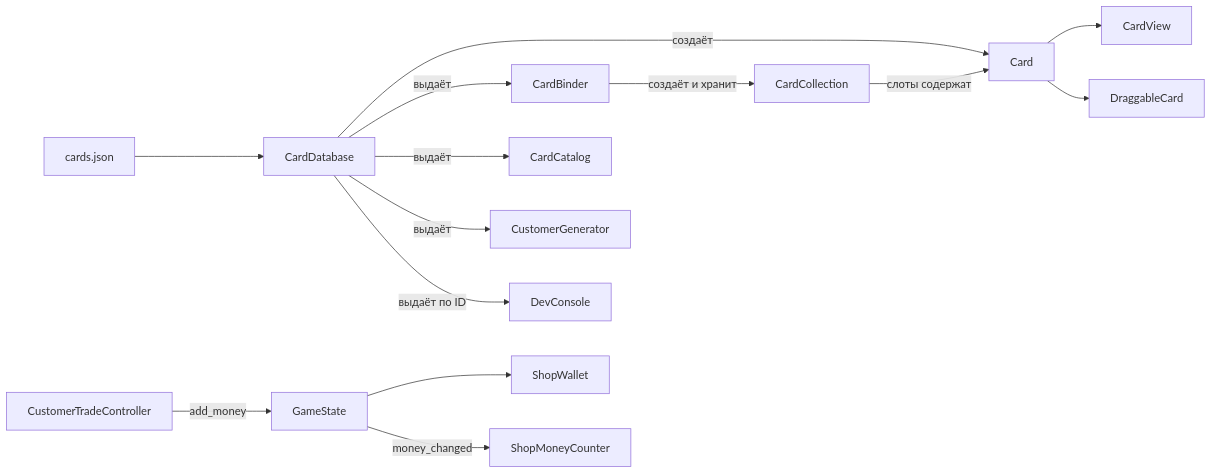
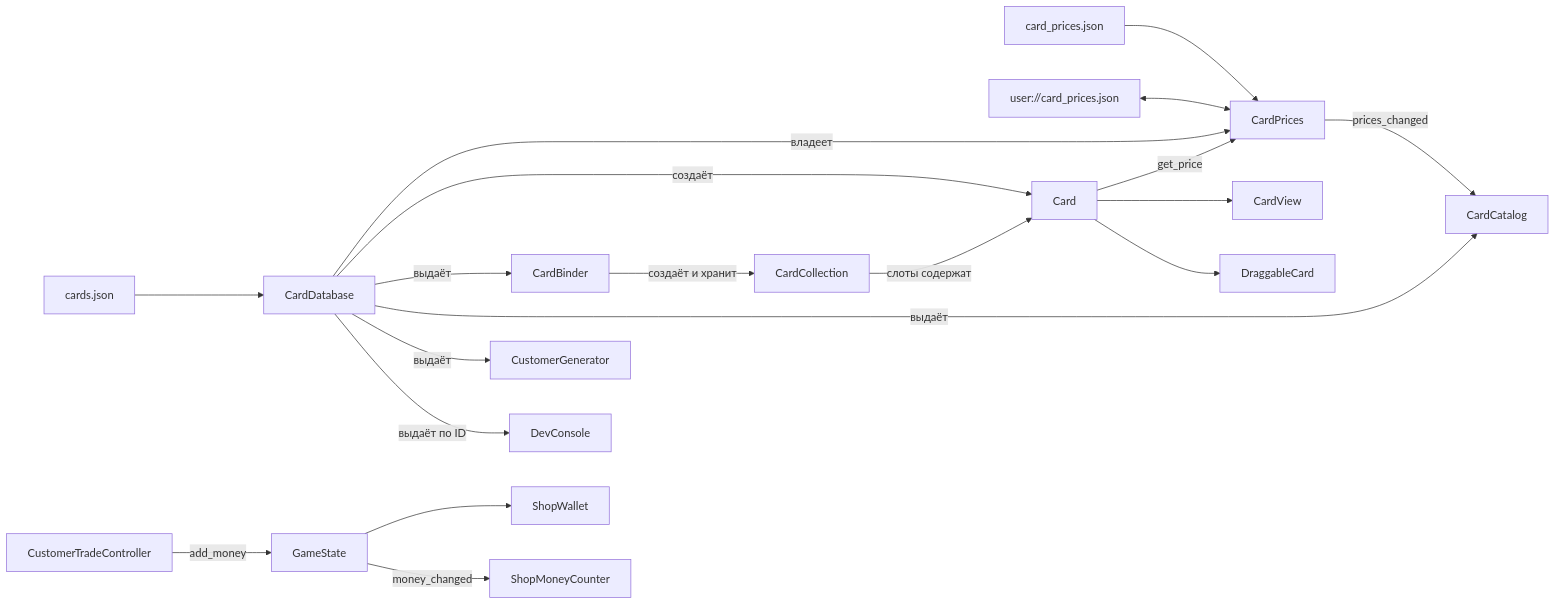
The second of 5 diagrams in DEPENDENCIES.md (Irbis888/CardTradingGame), drawn with Mermaid before and after one commit. The commit also changed 18 other files, not shown here.

````diff
--- a/DEPENDENCIES.md
+++ b/DEPENDENCIES.md
@@ -28,16 +28,21 @@
 ```mermaid
 flowchart LR
     Json[cards.json] --> DB[CardDatabase]
+    PriceJson[card_prices.json] --> Prices[CardPrices]
+    SavedPrices[user://card_prices.json] <--> Prices
+    DB -->|владеет| Prices
+    Card -->|get_price| Prices
+    Prices -->|prices_changed| Catalog
     DB -->|создаёт| Card[Card]
     DB -->|выдаёт| Binder[CardBinder]
     DB -->|выдаёт| Catalog[CardCatalog]
     DB -->|выдаёт| Generator[CustomerGenerator]
     DB -->|выдаёт по ID| Console[DevConsole]
     Binder -->|создаёт и хранит| Collection[CardCollection]
     Collection -->|слоты содержат| Card
     Card --> CardView[CardView]
     Card --> DraggableCard[DraggableCard]
     State[GameState] --> Wallet[ShopWallet]
     Trade[CustomerTradeController] -->|add_money| State
     State -->|money_changed| MoneyUI[ShopMoneyCounter]
 ```
````
